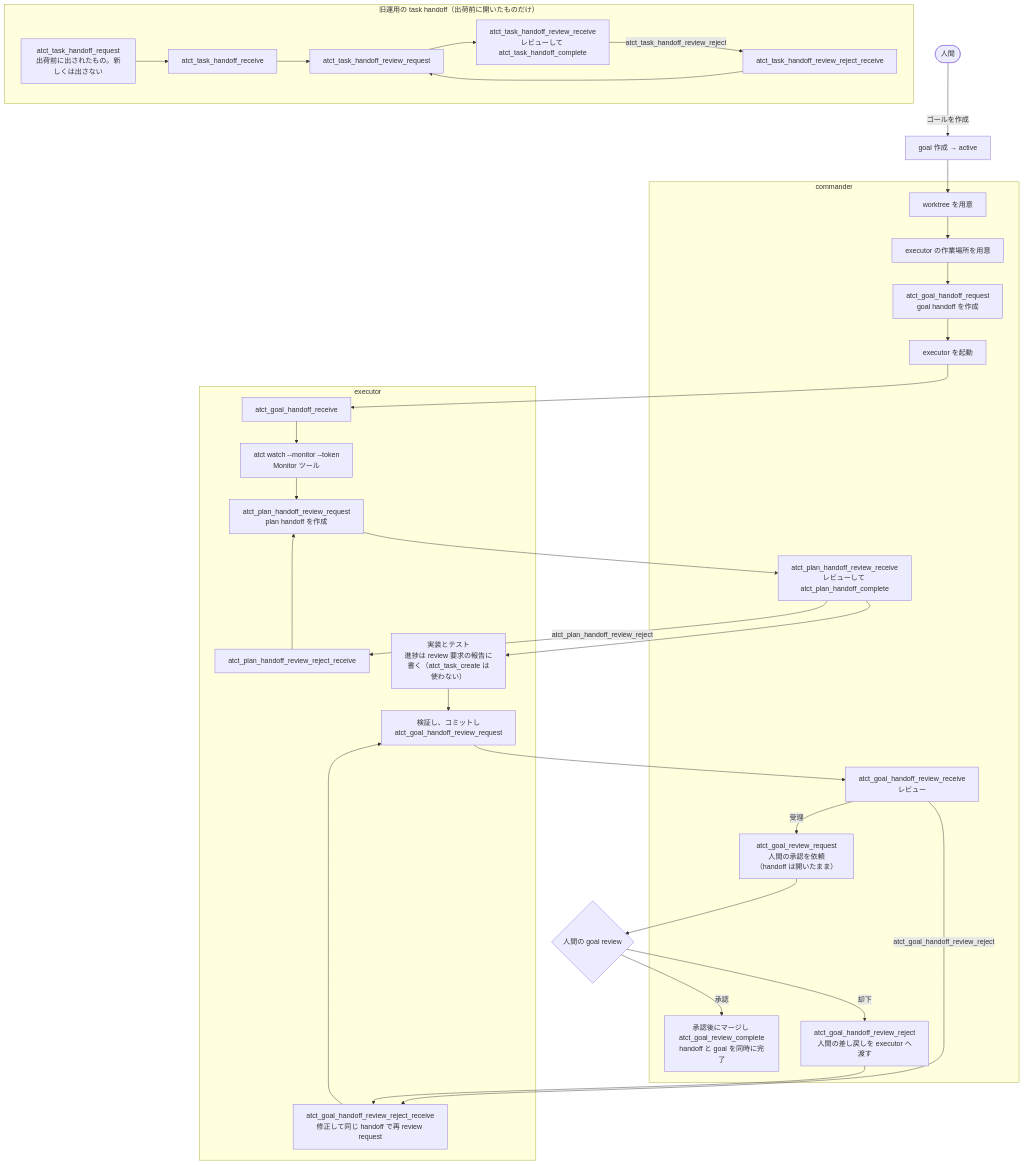
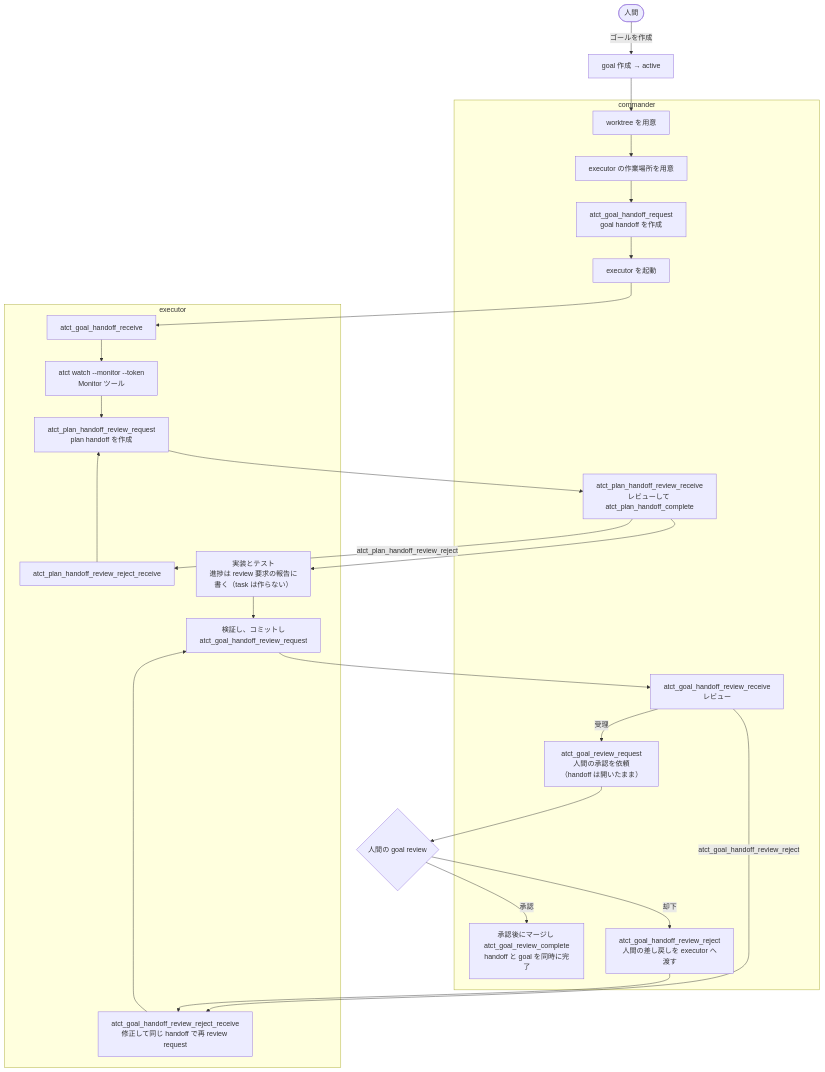
One commit to michiomochi/atct changed the diagram in doc/execution-flow.md. Above: the diagram before and after it, drawn with Mermaid. The commit also changed other lines of this file and 19 other files, not shown here.

````diff
--- a/doc/execution-flow.md
+++ b/doc/execution-flow.md
@@ -151,43 +118,33 @@
 ```mermaid
 flowchart TD
     H([人間]) -->|ゴールを作成| G[goal 作成 → active]
 
     subgraph C[commander]
         C1[worktree を用意]
         C2[executor の作業場所を用意]
         C3[atct_goal_handoff_request<br/>goal handoff を作成]
         C4[executor を起動]
         C5[atct_plan_handoff_review_receive<br/>レビューして atct_plan_handoff_complete]
         C6[atct_goal_handoff_review_receive<br/>レビュー]
         C7[atct_goal_review_request<br/>人間の承認を依頼（handoff は開いたまま）]
         C8[承認後にマージし atct_goal_review_complete<br/>handoff と goal を同時に完了]
         C9[atct_goal_handoff_review_reject<br/>人間の差し戻しを executor へ渡す]
     end
 
     subgraph E[executor]
         E1[atct_goal_handoff_receive]
         E2[atct watch --monitor --token<br/>Monitor ツール]
         E3[atct_plan_handoff_review_request<br/>plan handoff を作成]
         E3R[atct_plan_handoff_review_reject_receive]
-        E4[実装とテスト<br/>進捗は review 要求の報告に書く（atct_task_create は使わない）]
+        E4[実装とテスト<br/>進捗は review 要求の報告に書く（task は作らない）]
         E5[検証し、コミットし<br/>atct_goal_handoff_review_request]
         E6[atct_goal_handoff_review_reject_receive<br/>修正して同じ handoff で再 review request]
-    end
-
-    subgraph L[旧運用の task handoff（出荷前に開いたものだけ）]
-        L1[atct_task_handoff_request<br/>出荷前に出されたもの。新しくは出さない]
-        L2[atct_task_handoff_receive]
-        L3[atct_task_handoff_review_request]
-        L4[atct_task_handoff_review_receive<br/>レビューして atct_task_handoff_complete]
-        L5[atct_task_handoff_review_reject_receive]
     end
 
     G --> C1 --> C2 --> C3 --> C4 --> E1 --> E2 --> E3 --> C5 --> E4 --> E5 --> C6
     C5 -->|atct_plan_handoff_review_reject| E3R --> E3
     C6 -->|受理| C7 --> HR{人間の goal review}
     C6 -->|atct_goal_handoff_review_reject| E6
     HR -->|承認| C8
     HR -->|却下| C9 --> E6 --> E5
-    L1 --> L2 --> L3 --> L4
-    L4 -->|atct_task_handoff_review_reject| L5 --> L3
 ```
````
